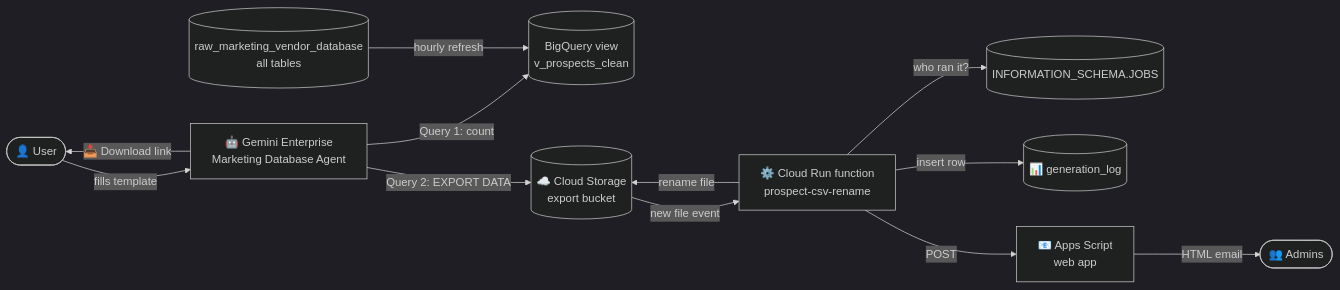
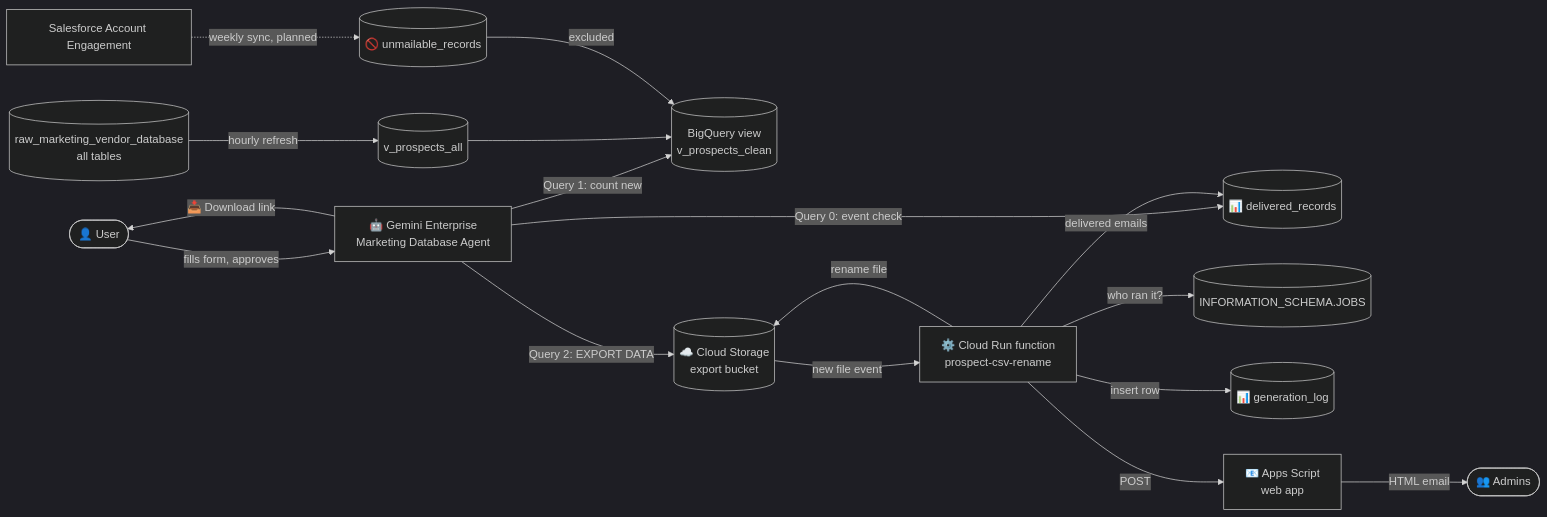
Before and after one commit to nexoradev-stack/Marketing-DataLake-Agent: the diagram in README.md, drawn with Mermaid (dark theme). The commit also changed other lines of this file and 9 other files, not shown here.

````diff
--- a/README.md
+++ b/README.md
@@ -103,14 +133,19 @@
 ```mermaid
 flowchart LR
-    U([👤 User]) -->|fills template| A[🤖 Gemini Enterprise<br/>Marketing Database Agent]
-    A -->|Query 1: count| V[(BigQuery view<br/>v_prospects_clean)]
+    U([👤 User]) -->|fills form, approves| A[🤖 Gemini Enterprise<br/>Marketing Database Agent]
+    A -->|Query 0: event check| DR[(📊 delivered_records)]
+    A -->|Query 1: count new| V[(BigQuery view<br/>v_prospects_clean)]
     A -->|Query 2: EXPORT DATA| B[(☁️ Cloud Storage<br/>export bucket)]
     A -->|📥 Download link| U
-    T[(raw_marketing_vendor_database<br/>all tables)] -->|hourly refresh| V
+    T[(raw_marketing_vendor_database<br/>all tables)] -->|hourly refresh| VA[(v_prospects_all)]
+    VA --> V
+    UM[(🚫 unmailable_records)] -->|excluded| V
+    SF[Salesforce Account Engagement] -.->|weekly sync, planned| UM
     B -->|new file event| F[⚙️ Cloud Run function<br/>prospect-csv-rename]
     F -->|rename file| B
     F -->|who ran it?| J[(INFORMATION_SCHEMA.JOBS)]
+    F -->|delivered emails| DR
     F -->|insert row| L[(📊 generation_log)]
     F -->|POST| S[📧 Apps Script<br/>web app]
     S -->|HTML email| AD([👥 Admins])
 ```
````
